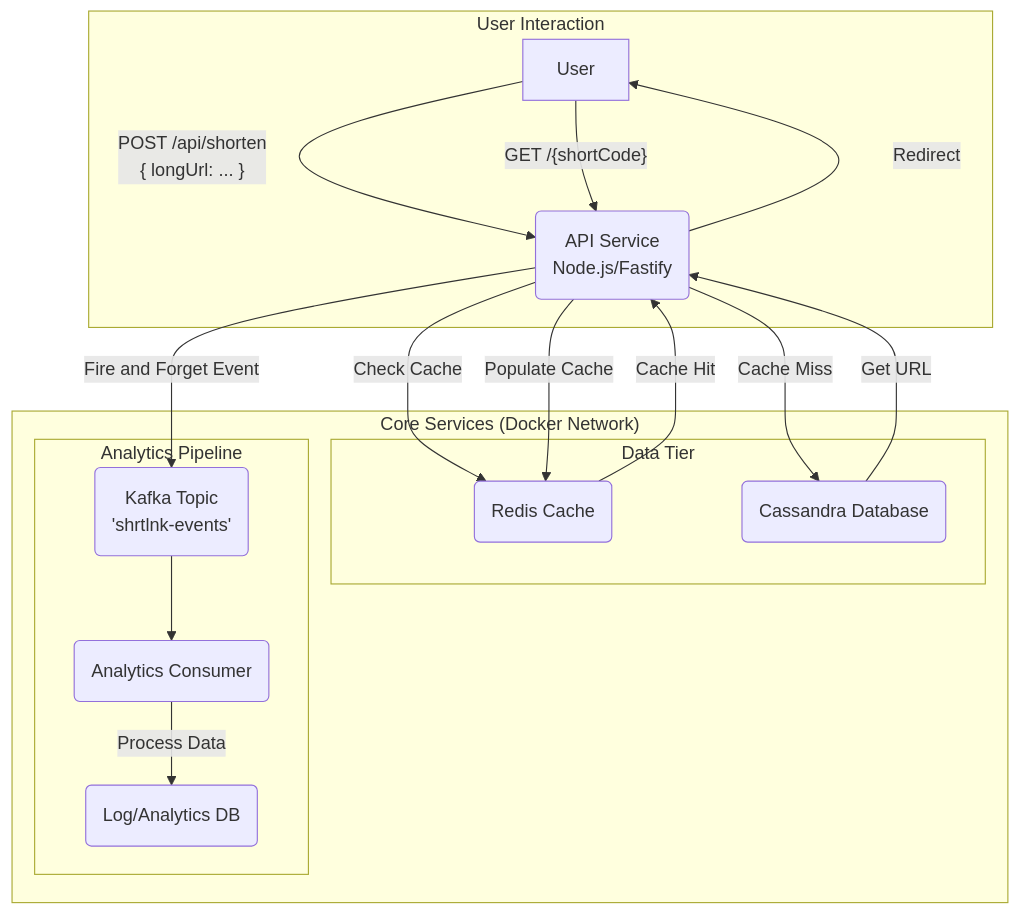
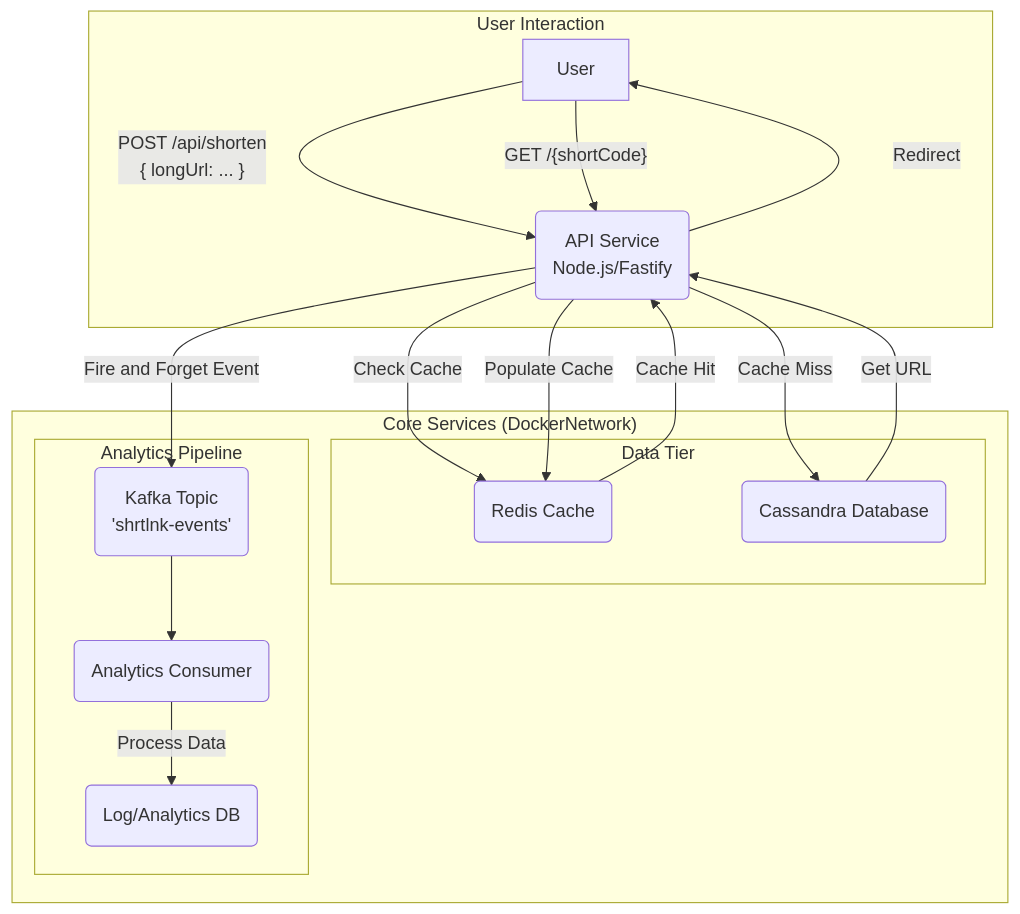
Before and after one commit to abdkhaleel/shrtlnk: the diagram in README.md, drawn with Mermaid.

Commit message:
readme updation

````diff
--- a/README.md
+++ b/README.md
@@ -29,33 +29,33 @@
 ```mermaid
 graph TD
     subgraph User Interaction
         User -- "POST /api/shorten<br>{ longUrl: ... }" --> API
         User -- "GET /{shortCode}" --> API
     end
 
-    subgraph "Core Services (Docker Network)"
+    subgraph "Core Services (DockerNetwork)"
         API(API Service<br>Node.js/Fastify)
 
         subgraph Data Tier
             Redis(Redis Cache)
             Cassandra(Cassandra Database)
         end
 
         subgraph Analytics Pipeline
             Kafka(Kafka Topic<br>'shrtlnk-events')
             Consumer(Analytics Consumer)
             AnalyticsDB(Log/Analytics DB)
         end
 
         API -- " Check Cache " --> Redis
         Redis -- " Cache Hit " --> API
         API -- " Cache Miss " --> Cassandra
         Cassandra -- " Get URL " --> API
         API -- " Populate Cache " --> Redis
         API -- " Fire and Forget Event " --> Kafka
         Kafka --> Consumer
         Consumer -- " Process Data " --> AnalyticsDB
     end
 
     API -- "Redirect" --> User
 ```
````
